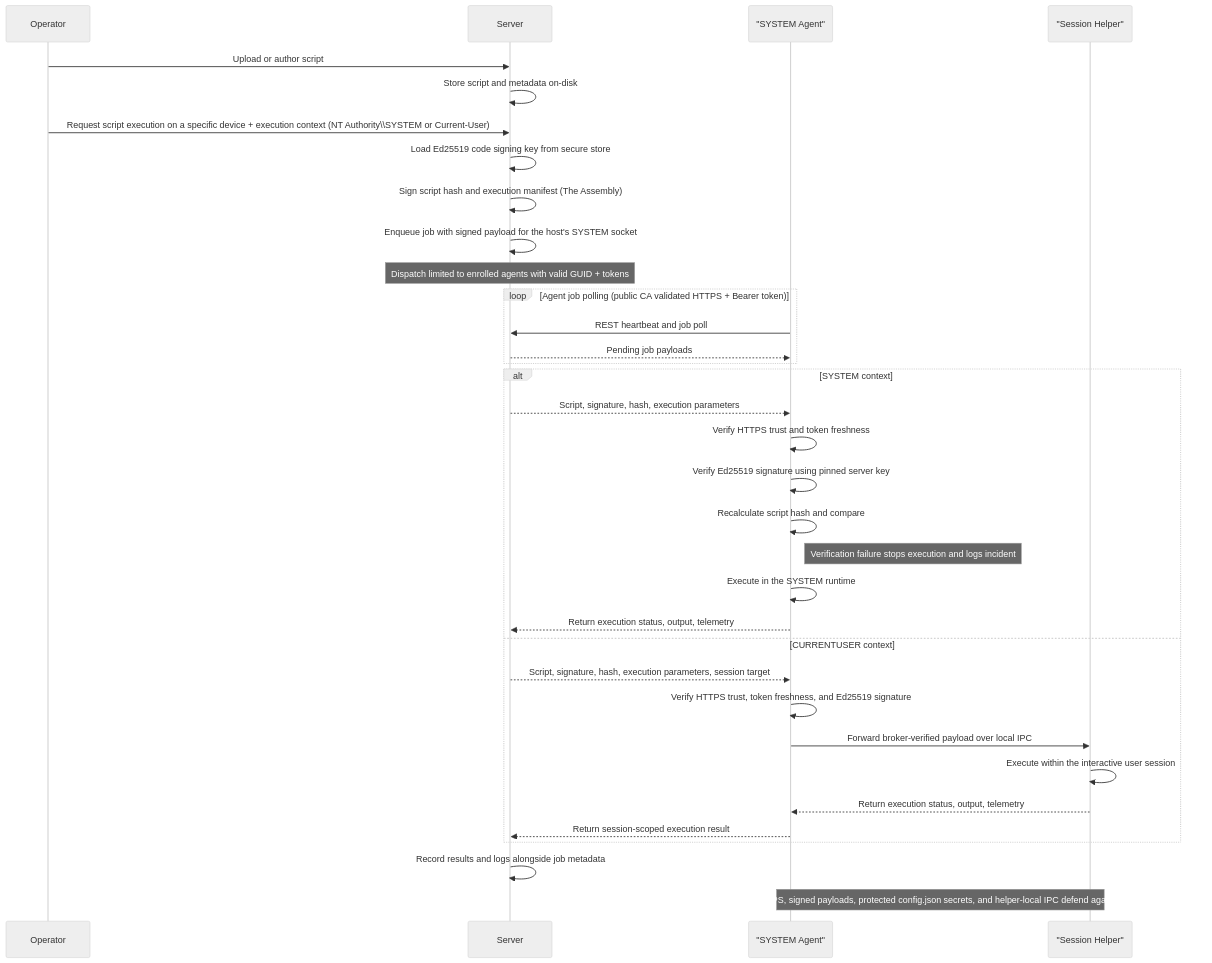
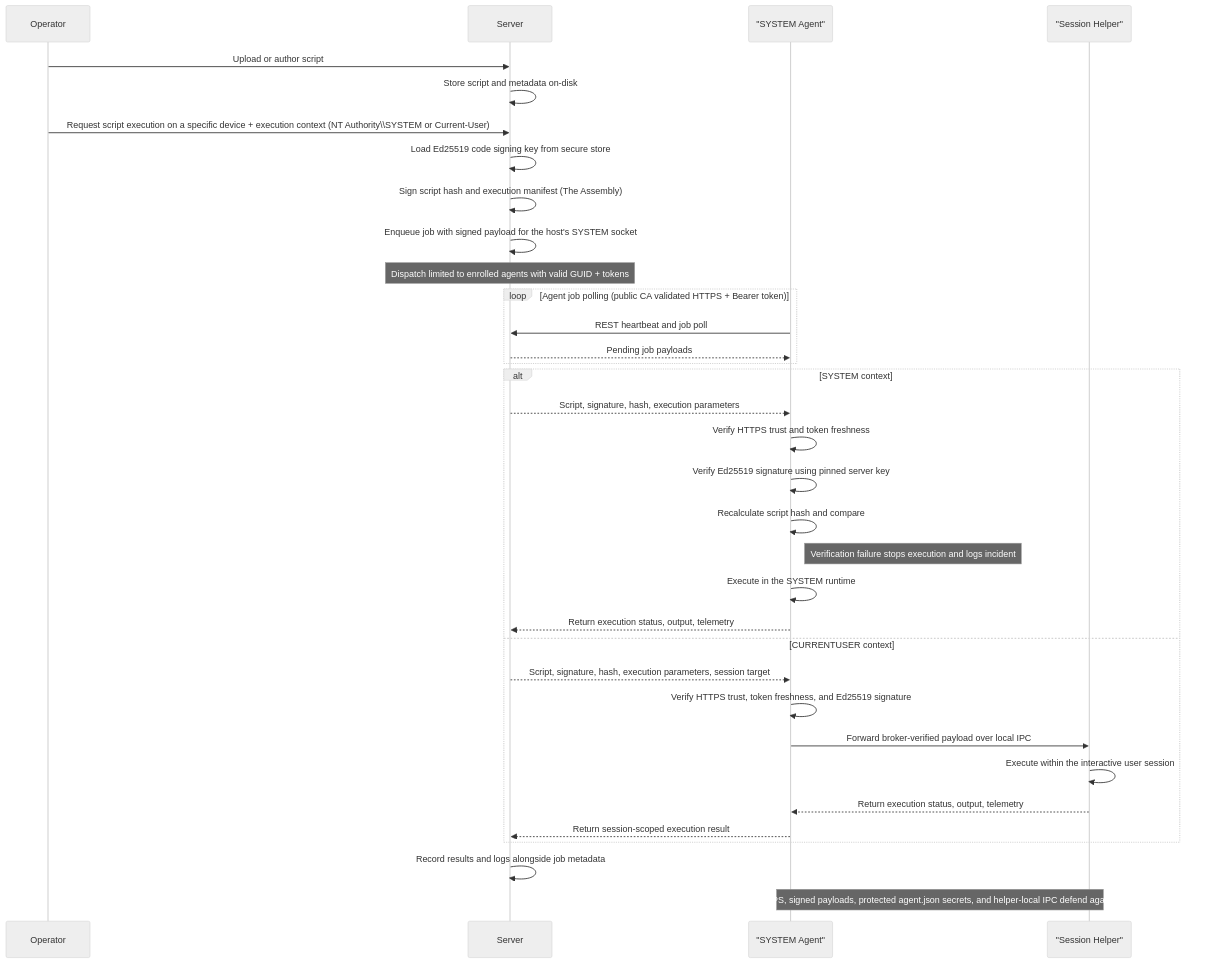
One commit to bunny-lab-io/Borealis changed the second of 2 diagrams in Docs/Start Here/security-and-trust.md. Above: the diagram before and after it, drawn with Mermaid (neutral theme). The commit also changed other lines of this file and 44 other files, not shown here.

````diff
--- a/Docs/Start Here/security-and-trust.md
+++ b/Docs/Start Here/security-and-trust.md
@@ -154,42 +154,42 @@
 ```mermaid
 sequenceDiagram
     participant Operator
     participant Server
     participant SYS as "SYSTEM Agent"
     participant HELPER as "Session Helper"
 
     Operator->>Server: Upload or author script
     Server->>Server: Store script and metadata on-disk
 
     Operator->>Server: Request script execution on a specific device + execution context (NT Authority\\SYSTEM or Current-User)
     Server->>Server: Load Ed25519 code signing key from secure store
     Server->>Server: Sign script hash and execution manifest (The Assembly)
 
     Server->>Server: Enqueue job with signed payload for the host's SYSTEM socket
     Note over Server: Dispatch limited to enrolled agents with valid GUID + tokens
 
     loop Agent job polling (public CA validated HTTPS + Bearer token)
         SYS->>Server: REST heartbeat and job poll
         Server-->>SYS: Pending job payloads
     end
 
     alt SYSTEM context
         Server-->>SYS: Script, signature, hash, execution parameters
         SYS->>SYS: Verify HTTPS trust and token freshness
         SYS->>SYS: Verify Ed25519 signature using pinned server key
         SYS->>SYS: Recalculate script hash and compare
         Note right of SYS: Verification failure stops execution and logs incident
         SYS->>SYS: Execute in the SYSTEM runtime
         SYS-->>Server: Return execution status, output, telemetry
     else CURRENTUSER context
         Server-->>SYS: Script, signature, hash, execution parameters, session target
         SYS->>SYS: Verify HTTPS trust, token freshness, and Ed25519 signature
         SYS->>HELPER: Forward broker-verified payload over local IPC
         HELPER->>HELPER: Execute within the interactive user session
         HELPER-->>SYS: Return execution status, output, telemetry
         SYS-->>Server: Return session-scoped execution result
     end
 
     Server->>Server: Record results and logs alongside job metadata
-    Note over SYS,HELPER: Public CA validated HTTPS, signed payloads, protected config.json secrets, and helper-local IPC defend against tampering and replay
+    Note over SYS,HELPER: Public CA validated HTTPS, signed payloads, protected agent.json secrets, and helper-local IPC defend against tampering and replay
 ```
````
